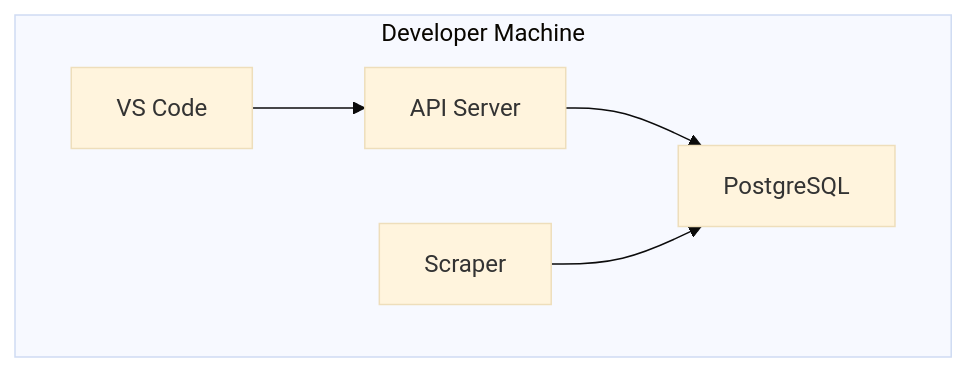
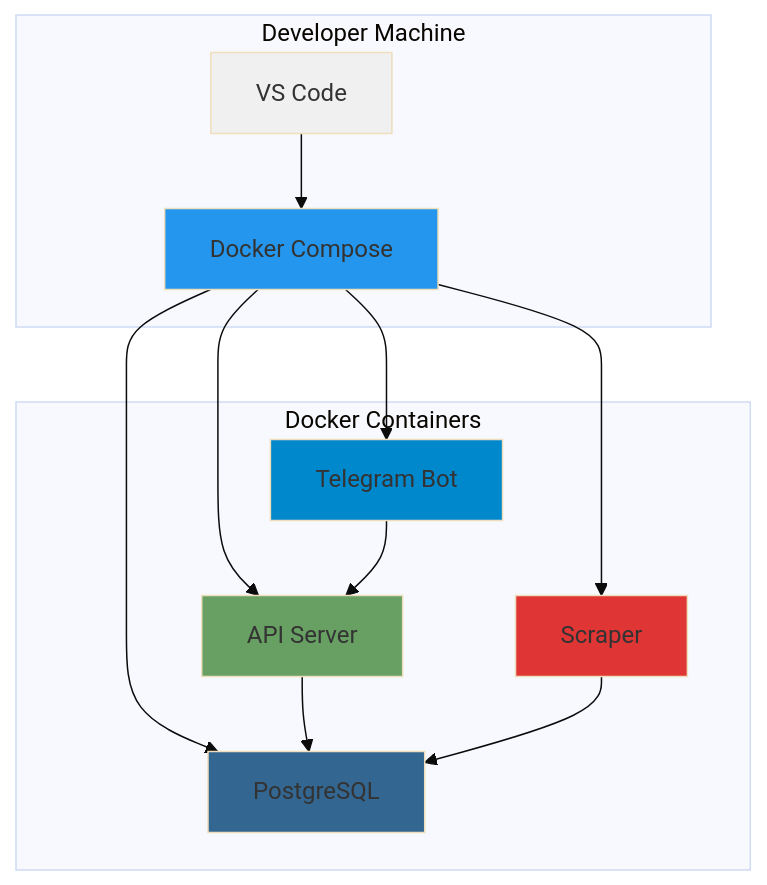
The sixth of 10 diagrams in plans/02-system-architecture.md (Zenderg/hookah-wishlist), drawn with Mermaid (base theme) before and after one commit. The commit also changed other lines of this file and 11 other files, not shown here.

````diff
--- a/plans/02-system-architecture.md
+++ b/plans/02-system-architecture.md
@@ -438,13 +366,30 @@
 ```mermaid
 graph TB
     subgraph "Developer Machine"
         DEV[VS Code]
+        DC[Docker Compose]
+    end
+    
+    subgraph "Docker Containers"
         API_DEV[API Server]
         DB_DEV[PostgreSQL]
         SCRAPER_DEV[Scraper]
+        BOT_DEV[Telegram Bot]
     end
     
-    DEV --> API_DEV
+    DEV --> DC
+    DC --> API_DEV
+    DC --> DB_DEV
+    DC --> SCRAPER_DEV
+    DC --> BOT_DEV
     API_DEV --> DB_DEV
     SCRAPER_DEV --> DB_DEV
+    BOT_DEV --> API_DEV
+    
+    style DEV fill:#f0f0f0
+    style DC fill:#2496ed
+    style API_DEV fill:#68a063
+    style DB_DEV fill:#336791
+    style SCRAPER_DEV fill:#e03535
+    style BOT_DEV fill:#0088cc
 ```
````
